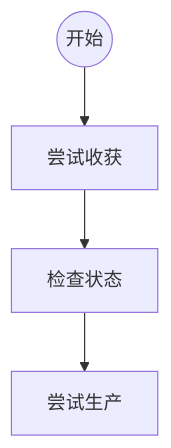
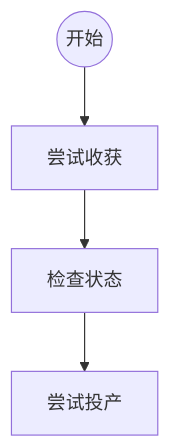
The seventh of 8 diagrams in README.md (childofcuriosity/taoyuan-auto-assistant), drawn with Mermaid before and after one commit. The commit also changed other lines of this file, not shown here.

````diff
--- a/README.md
+++ b/README.md
@@ -195,6 +196,6 @@
 ```mermaid
 graph TD
     start_handle((开始)) --> try_harvest[尝试收获]
     try_harvest --> figure_state[检查状态]
-    figure_state --> try_produce[尝试生产]
+    figure_state --> try_produce[尝试投产]
 ```
````
